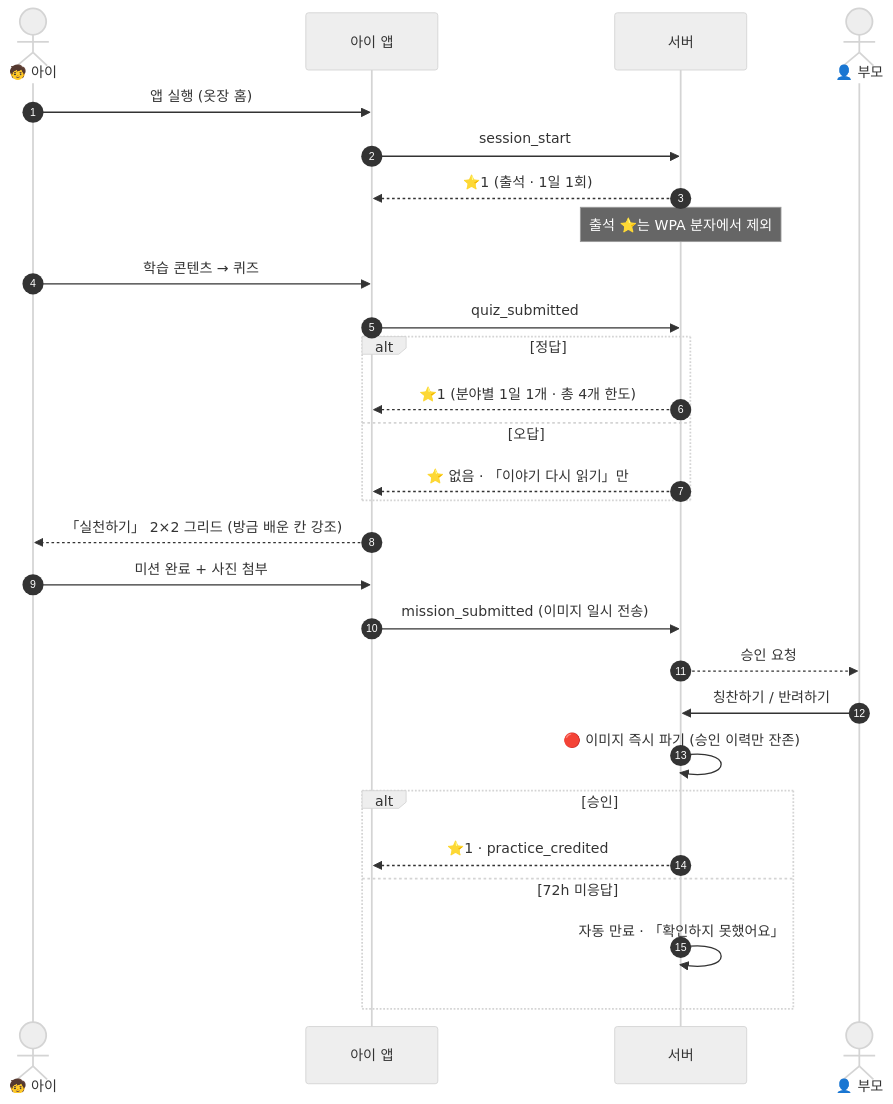
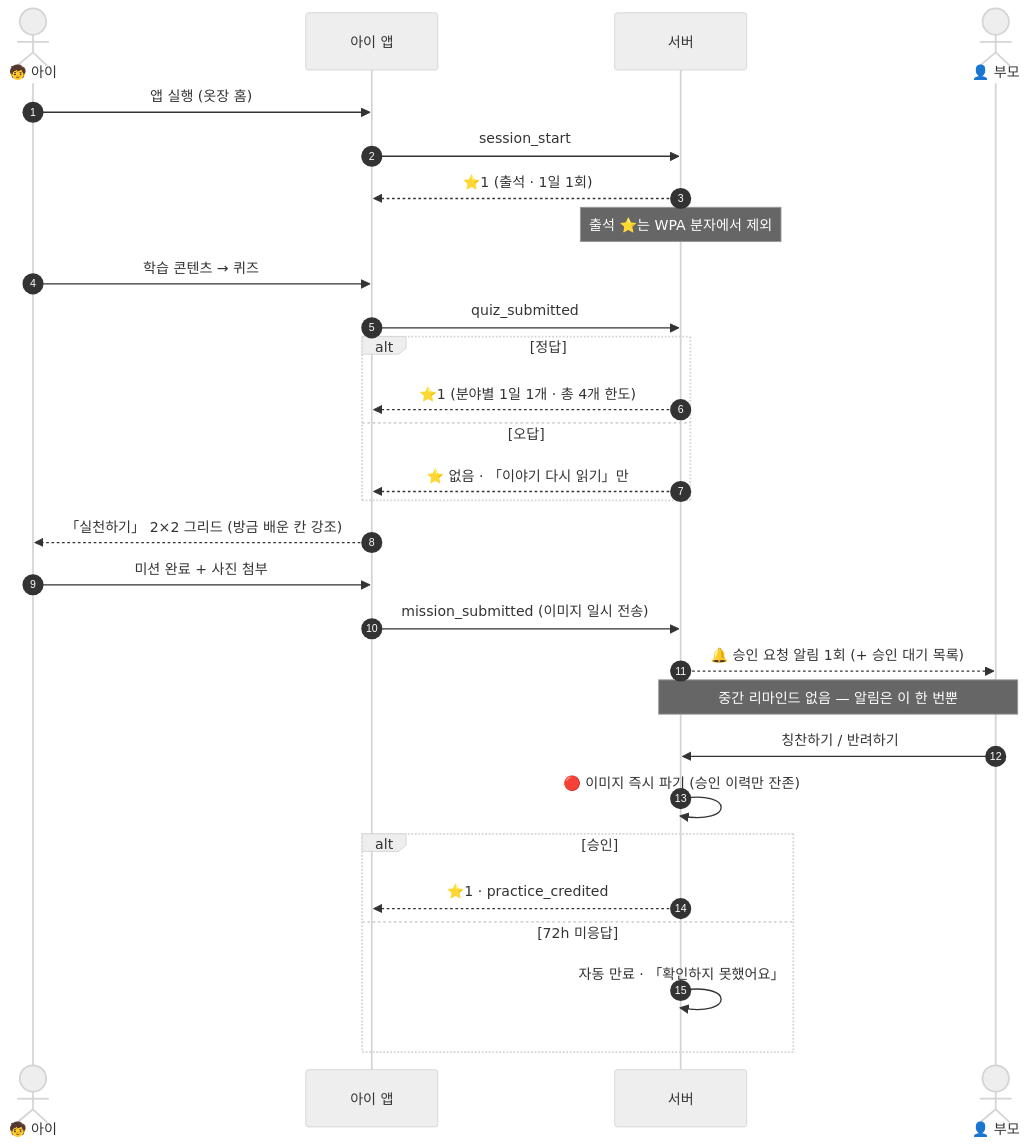
Before and after one commit to scene-one/team1_fin-friends: the third of 6 diagrams in 공용공간/10. SRS/SRS_핀프렌즈_v1_0.md, drawn with Mermaid (neutral theme). The commit also changed other lines of this file and 4 other files, not shown here.

````diff
--- a/공용공간/10. SRS/SRS_핀프렌즈_v1_0.md
+++ b/공용공간/10. SRS/SRS_핀프렌즈_v1_0.md
@@ -140,31 +140,32 @@
 ```mermaid
 sequenceDiagram
     autonumber
     actor C as 🧒 아이
     participant CA as 아이 앱
     participant S as 서버
     actor P as 👤 부모
 
     C->>CA: 앱 실행 (옷장 홈)
     CA->>S: session_start
     S-->>CA: ⭐1 (출석 · 1일 1회)
     Note over S: 출석 ⭐는 WPA 분자에서 제외
     C->>CA: 학습 콘텐츠 → 퀴즈
     CA->>S: quiz_submitted
     alt 정답
         S-->>CA: ⭐1 (분야별 1일 1개 · 총 4개 한도)
     else 오답
         S-->>CA: ⭐ 없음 · 「이야기 다시 읽기」만
     end
     CA-->>C: 「실천하기」 2×2 그리드 (방금 배운 칸 강조)
     C->>CA: 미션 완료 + 사진 첨부
     CA->>S: mission_submitted (이미지 일시 전송)
-    S-->>P: 승인 요청
+    S-->>P: 🔔 승인 요청 알림 1회 (+ 승인 대기 목록)
+    Note over S,P: 중간 리마인드 없음 — 알림은 이 한 번뿐
     P->>S: 칭찬하기 / 반려하기
     S->>S: 🔴 이미지 즉시 파기 (승인 이력만 잔존)
     alt 승인
         S-->>CA: ⭐1 · practice_credited
     else 72h 미응답
         S->>S: 자동 만료 · 「확인하지 못했어요」
     end
 ```
````
